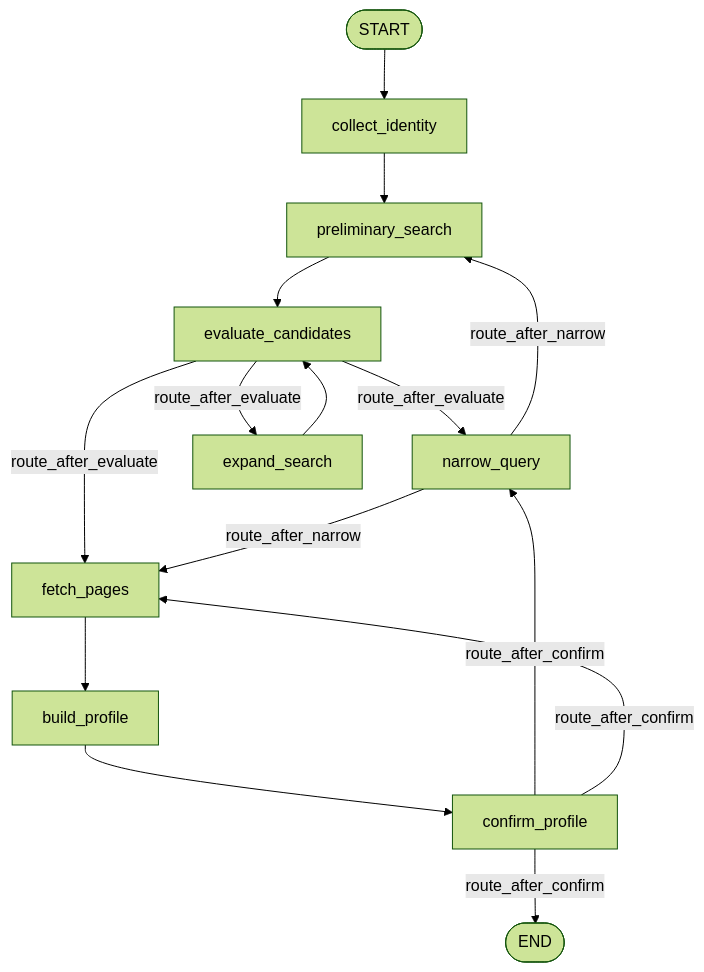
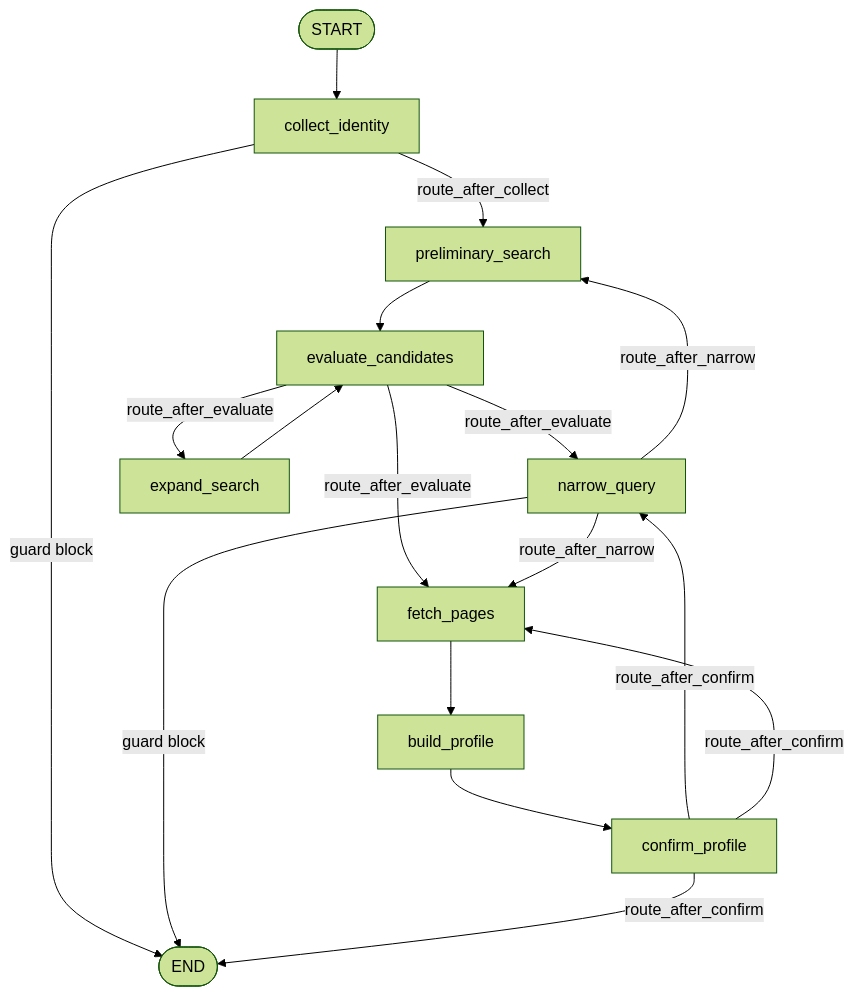
Before and after one commit to kryadov/search4people_v2: the diagram in DEV.md, drawn with Mermaid (forest theme). The commit also changed other lines of this file, not shown here.

Commit message:
docs(dev): translate DEV.md to English; sync graph topology + guardrails

````diff
--- a/DEV.md
+++ b/DEV.md
@@ -191,17 +192,19 @@
 ```mermaid
 flowchart TD
     START([START]) --> collect_identity
-    collect_identity --> preliminary_search
+    collect_identity -->|route_after_collect| preliminary_search
+    collect_identity -->|guard block| END([END])
     preliminary_search --> evaluate_candidates
     evaluate_candidates -->|route_after_evaluate| narrow_query
     evaluate_candidates -->|route_after_evaluate| expand_search
     evaluate_candidates -->|route_after_evaluate| fetch_pages
     narrow_query -->|route_after_narrow| preliminary_search
     narrow_query -->|route_after_narrow| fetch_pages
+    narrow_query -->|guard block| END
     expand_search --> evaluate_candidates
     fetch_pages --> build_profile
     build_profile --> confirm_profile
     confirm_profile -->|route_after_confirm| narrow_query
     confirm_profile -->|route_after_confirm| fetch_pages
-    confirm_profile -->|route_after_confirm| END([END])
+    confirm_profile -->|route_after_confirm| END
 ```
````
